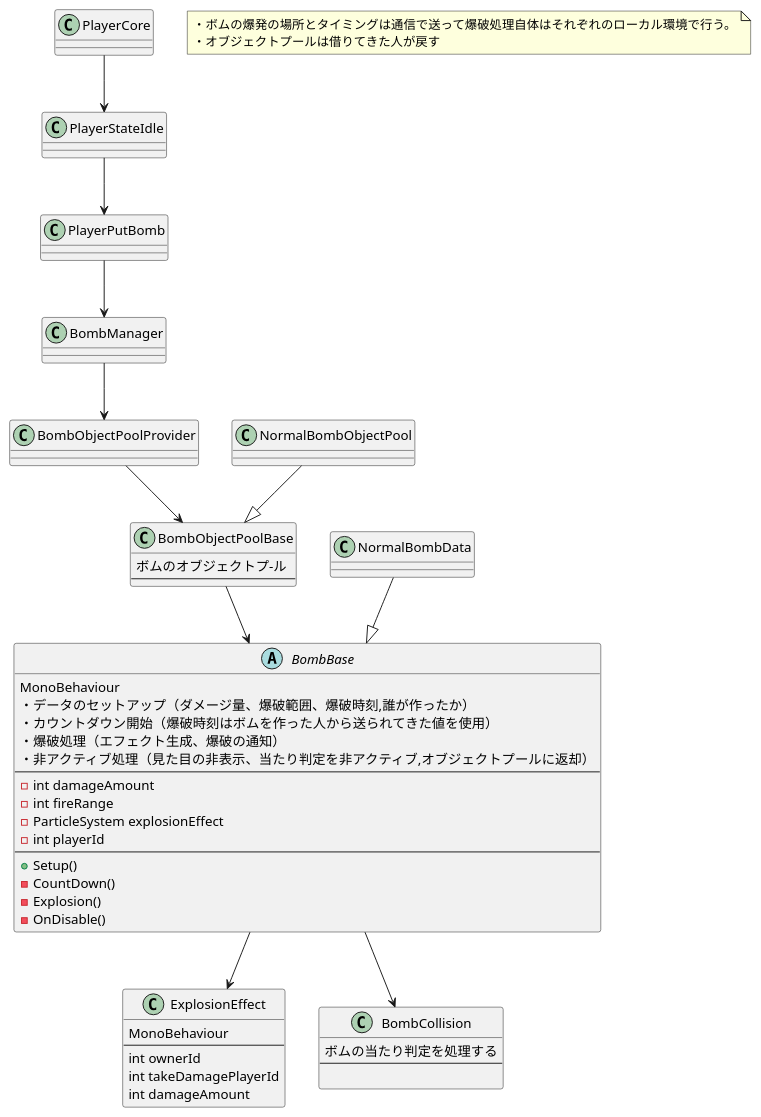
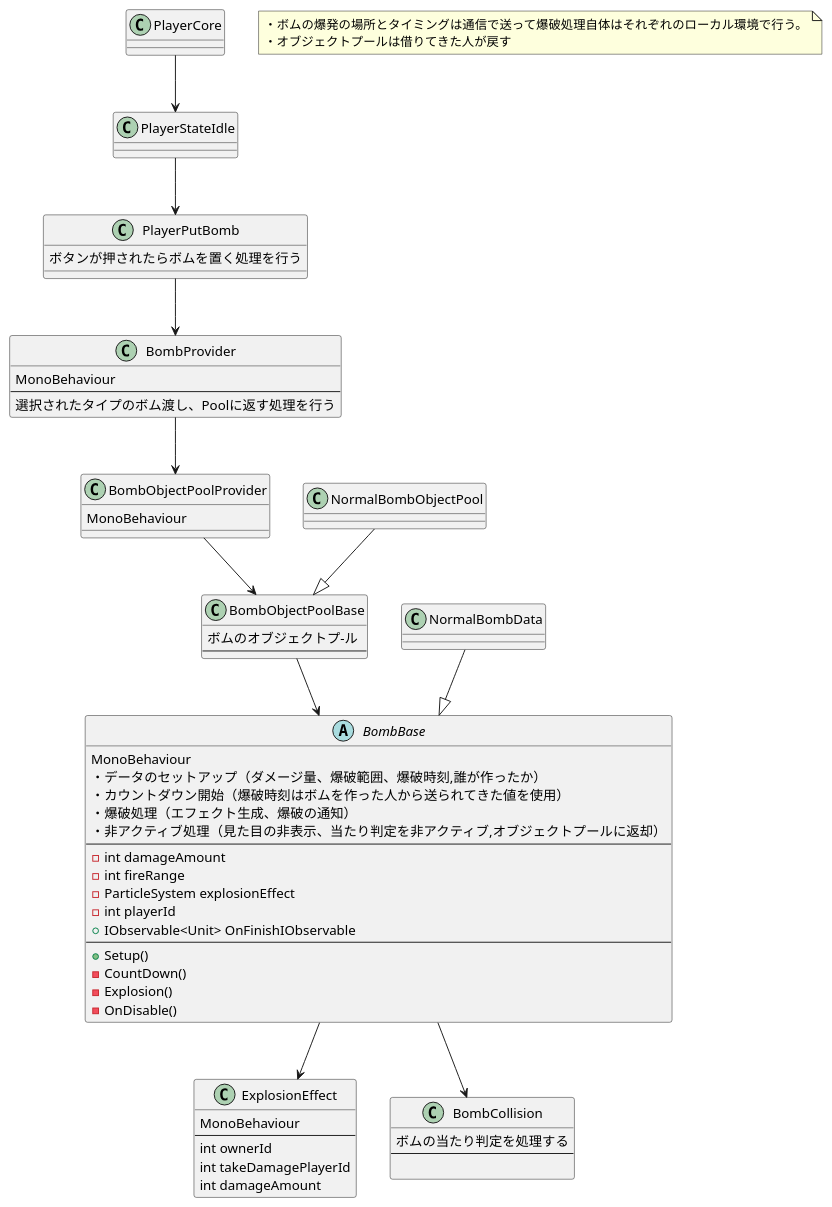
The diagram in Assets/Scripts/Bomb/Bomb.puml (taku686/ThreeKingdomsBomaerMan2), drawn with PlantUML before and after one commit. The commit also changed 44 other files, not shown here.

```diff
--- a/Assets/Scripts/Bomb/Bomb.puml
+++ b/Assets/Scripts/Bomb/Bomb.puml
@@ -1,87 +1,93 @@
 @startuml
 PlayerCore --> PlayerStateIdle
 PlayerStateIdle --> PlayerPutBomb
 NormalBombData --|> BombBase
 BombObjectPoolBase --> BombBase
-BombManager --> BombObjectPoolProvider
-PlayerPutBomb --> BombManager
+BombProvider --> BombObjectPoolProvider
+PlayerPutBomb --> BombProvider
 BombBase --> ExplosionEffect
 BombBase --> BombCollision
 NormalBombObjectPool --|> BombObjectPoolBase
 BombObjectPoolProvider --> BombObjectPoolBase
 class PlayerCore
 {
 
 }
 
 class PlayerStateIdle
 {
 }
 
 abstract class BombBase
 {
 MonoBehaviour
 ・データのセットアップ（ダメージ量、爆破範囲、爆破時刻,誰が作ったか）
 ・カウントダウン開始（爆破時刻はボムを作った人から送られてきた値を使用）
 ・爆破処理（エフェクト生成、爆破の通知）
 ・非アクティブ処理（見た目の非表示、当たり判定を非アクティブ,オブジェクトプールに返却）
 --
 - int damageAmount
 - int fireRange
 - ParticleSystem explosionEffect
 - int playerId
++ IObservable<Unit> OnFinishIObservable
 --
 + Setup()
 - CountDown()
 - Explosion()
 - OnDisable()
 }
 
 
-class BombManager
+class BombProvider
 {
+MonoBehaviour
+--
+選択されたタイプのボム渡し、Poolに返す処理を行う
 }
 
 class PlayerPutBomb
 {
+ボタンが押されたらボムを置く処理を行う
 }
 
 class NormalBombData
 {
 }
 
 class ExplosionEffect
 {
 MonoBehaviour
 --
 int ownerId
 int takeDamagePlayerId
 int damageAmount
 }
 
 class BombCollision
 {
 ボムの当たり判定を処理する
 --
 
 }
 
 class BombObjectPoolBase
 {
 ボムのオブジェクトプ-ル
 --
 }
 
 class NormalBombObjectPool
 {
 }
 
 class BombObjectPoolProvider
 {
+MonoBehaviour
 }
 
 note as memo
 ・ボムの爆発の場所とタイミングは通信で送って爆破処理自体はそれぞれのローカル環境で行う。
 ・オブジェクトプールは借りてきた人が戻す
 end note
 @enduml
```
